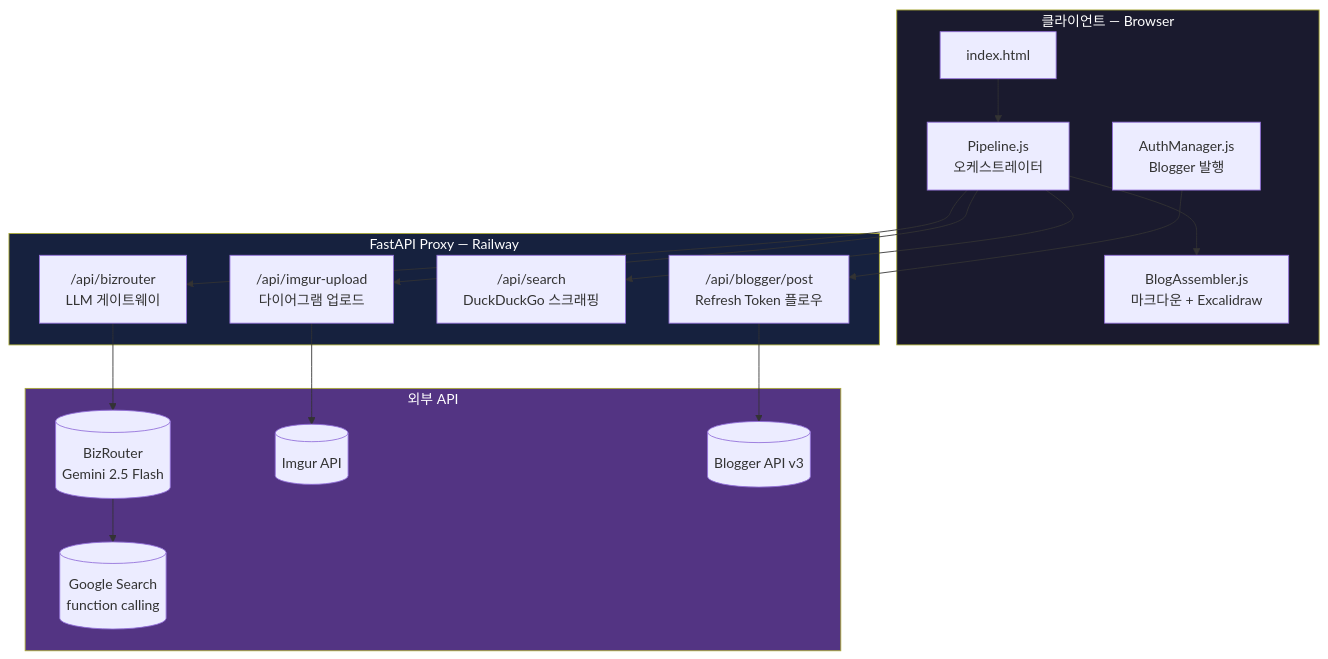
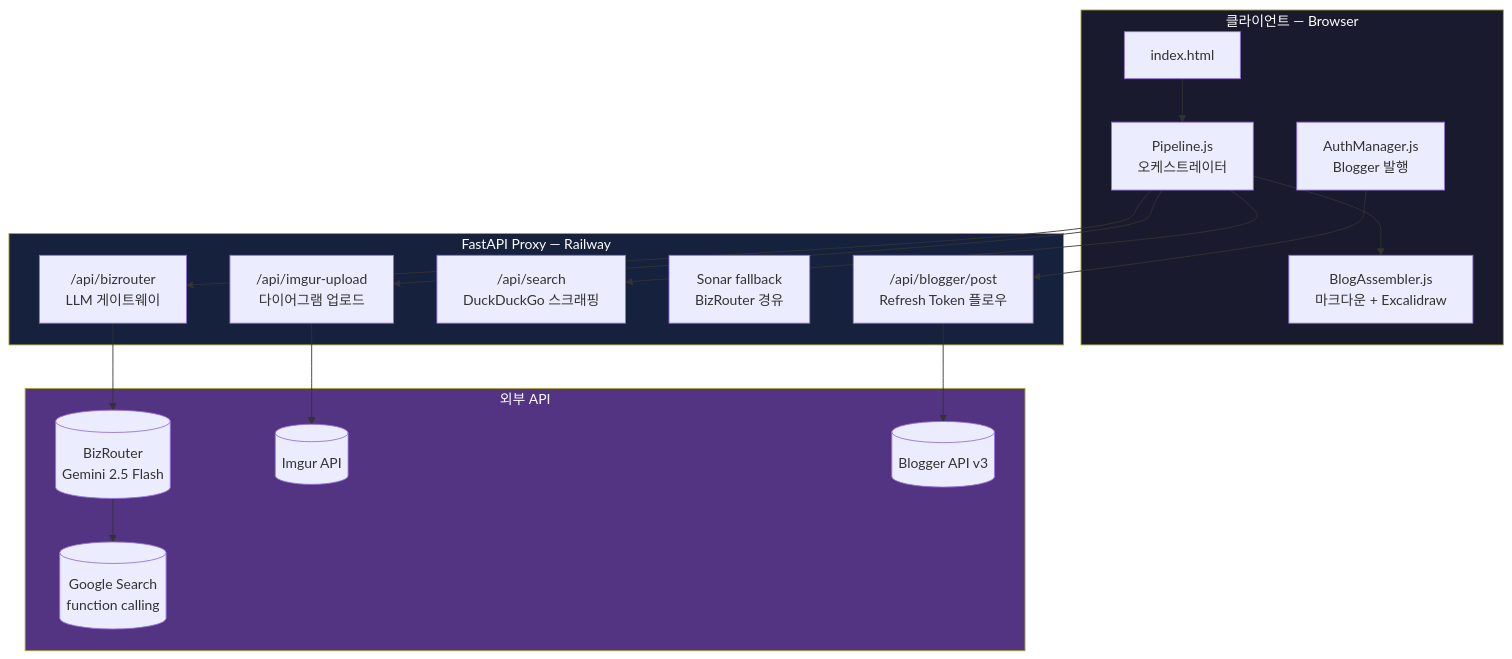
Before and after one commit to Technoetic/blog-generator: the fourth of 11 diagrams in README.md, drawn with Mermaid. The commit also changed other lines of this file, not shown here.

First line of the commit message:
docs: README 최신화 — Sonar fallback, 헤딩 검증, 비용 버그

````diff
--- a/README.md
+++ b/README.md
@@ -202,38 +213,39 @@
 ```mermaid
 graph TB
     subgraph client["클라이언트 — Browser"]
         UI["index.html"]
         PIPE["Pipeline.js<br/>오케스트레이터"]
         ASM["BlogAssembler.js<br/>마크다운 + Excalidraw"]
         AUTH["AuthManager.js<br/>Blogger 발행"]
     end
 
     subgraph server["FastAPI Proxy — Railway"]
         BIZ["/api/bizrouter<br/>LLM 게이트웨이"]
         IMG["/api/imgur-upload<br/>다이어그램 업로드"]
         SRCH["/api/search<br/>DuckDuckGo 스크래핑"]
+        SONAR_FB["Sonar fallback<br/>BizRouter 경유"]
         BLOG_P["/api/blogger/post<br/>Refresh Token 플로우"]
     end
 
     subgraph external["외부 API"]
         BR[("BizRouter<br/>Gemini 2.5 Flash")]
         GOOG[("Google Search<br/>function calling")]
         IMGUR[("Imgur API")]
         BLOGGER[("Blogger API v3")]
     end
 
     UI --> PIPE
     PIPE --> ASM
     PIPE --> BIZ
     PIPE --> IMG
     PIPE --> SRCH
     AUTH --> BLOG_P
     BIZ --> BR
     BR --> GOOG
     IMG --> IMGUR
     BLOG_P --> BLOGGER
 
     style client fill:#1a1a2e,color:#fff
     style server fill:#16213e,color:#fff
     style external fill:#533483,color:#fff
 ```
````
